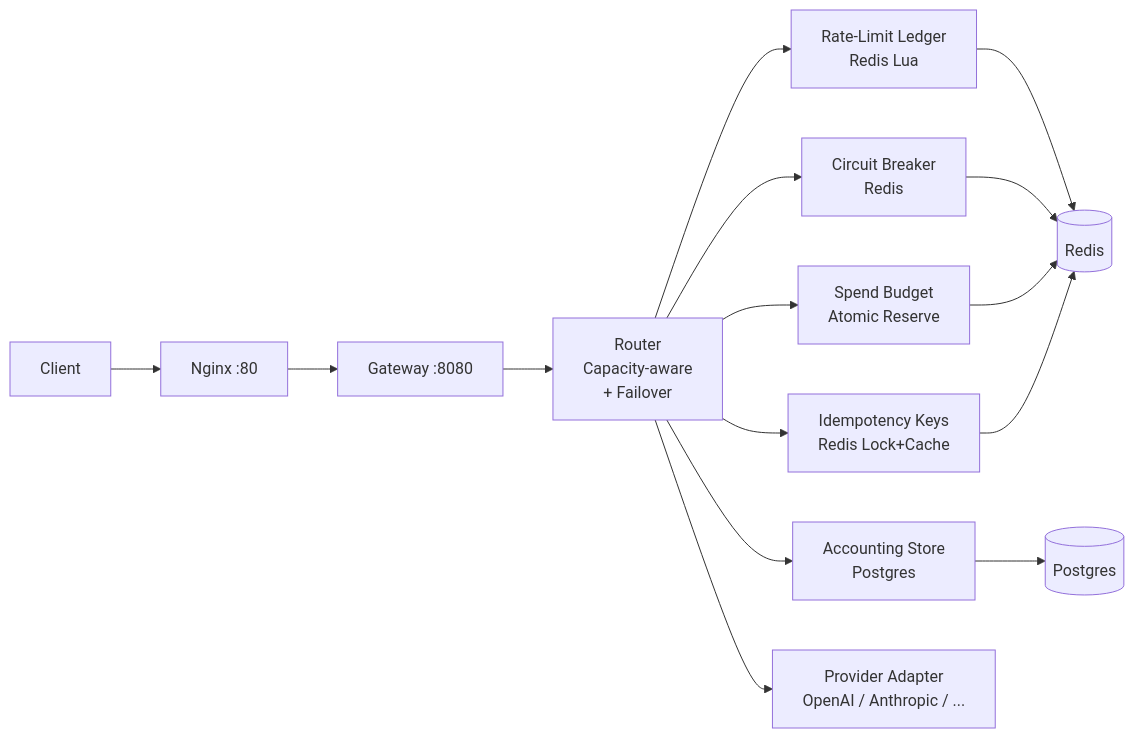
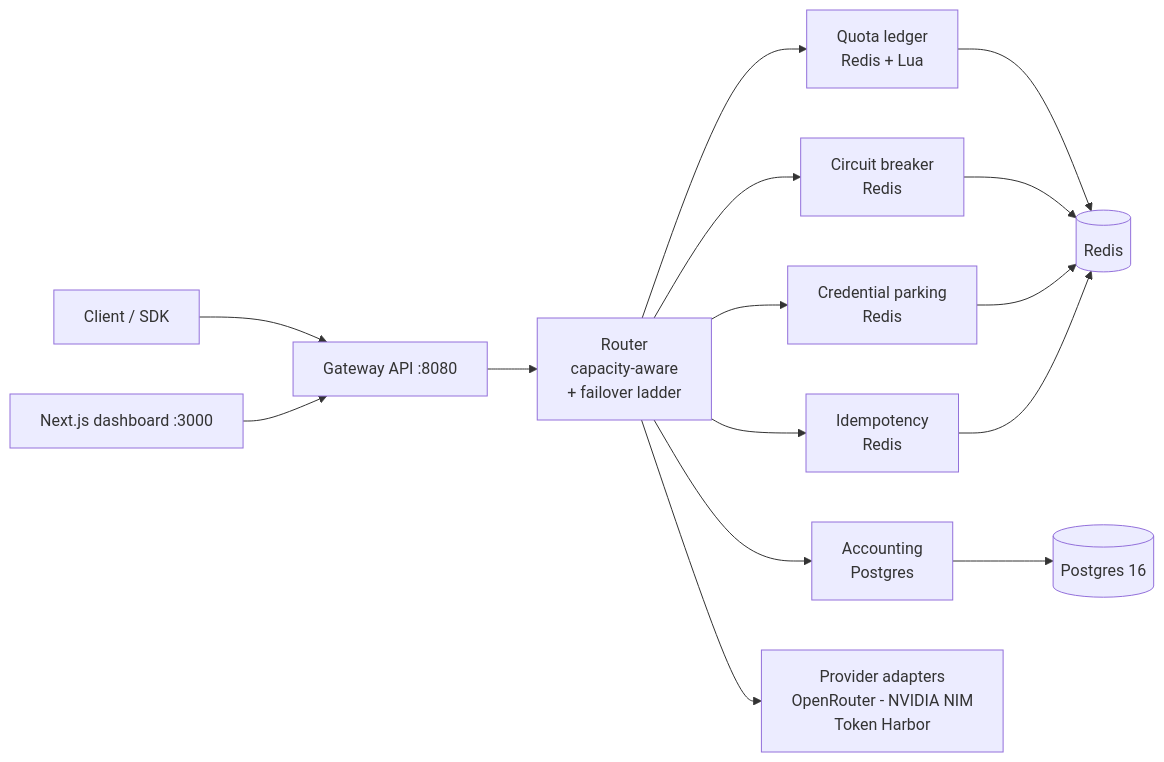
One commit to NeverSpot/ultimate_free_AI_API changed the diagram in README.md. Above: the diagram before and after it, drawn with Mermaid. The commit also changed other lines of this file, not shown here.

````diff
--- a/README.md
+++ b/README.md
@@ -70,17 +57,17 @@
 ```mermaid
 graph LR
-    Client[Client] --> Nginx["Nginx :80"]
-    Nginx --> Gateway["Gateway :8080"]
-    Gateway --> Router["Router<br/>Capacity-aware<br/>+ Failover"]
-    Router --> Ledger["Rate-Limit Ledger<br/>Redis Lua"]
-    Router --> Breaker["Circuit Breaker<br/>Redis"]
-    Router --> Budget["Spend Budget<br/>Atomic Reserve"]
-    Router --> Idempotency["Idempotency Keys<br/>Redis Lock+Cache"]
-    Router --> Accounting["Accounting Store<br/>Postgres"]
-    Router --> Provider["Provider Adapter<br/>OpenAI / Anthropic / ..."]
+    Client[Client / SDK] --> API["Gateway API :8080"]
+    Dash["Next.js dashboard :3000"] --> API
+    API --> Router["Router<br/>capacity-aware<br/>+ failover ladder"]
+    Router --> Ledger["Quota ledger<br/>Redis + Lua"]
+    Router --> Breaker["Circuit breaker<br/>Redis"]
+    Router --> Parking["Credential parking<br/>Redis"]
+    Router --> Idem["Idempotency<br/>Redis"]
+    Router --> Acct["Accounting<br/>Postgres"]
+    Router --> Adapters["Provider adapters<br/>OpenRouter - NVIDIA NIM<br/>Token Harbor"]
     Ledger --> Redis[(Redis)]
     Breaker --> Redis
-    Budget --> Redis
-    Idempotency --> Redis
-    Accounting --> Postgres[(Postgres)]
+    Parking --> Redis
+    Idem --> Redis
+    Acct --> PG[(Postgres 16)]
 ```
````
